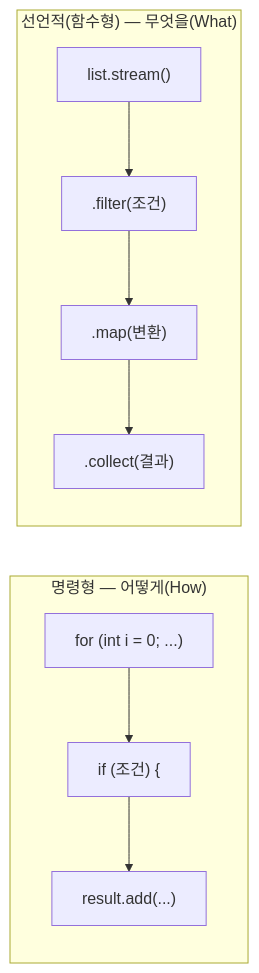
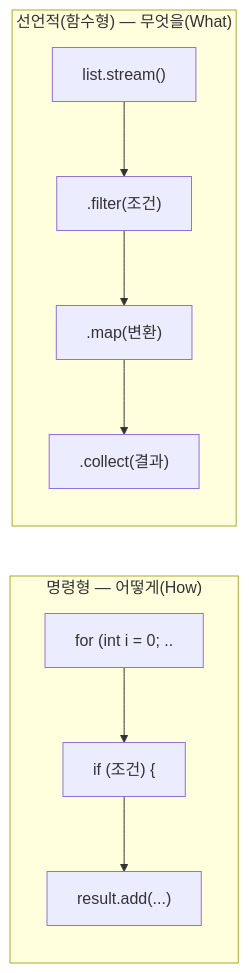
The first of 2 diagrams in _posts/java/2026-05-01-java-functional-programming.md (yjkim2015/yjkim2015.github.io), drawn with Mermaid before and after one commit. The commit also changed 271 other files, not shown here.

First line of the commit message:
Mermaid 라벨 축소: 긴 노드 텍스트 18자 이하로 트림 + \n 제거

````diff
--- a/_posts/java/2026-05-01-java-functional-programming.md
+++ b/_posts/java/2026-05-01-java-functional-programming.md
@@ -20,12 +20,12 @@
 ```mermaid
 graph LR
   subgraph "명령형 — 어떻게(How)"
-    A["for (int i = 0; ...)"] --> B["if (조건) {"]
+    A["for (int i = 0; .."] --> B["if (조건) {"]
     B --> C["result.add(...)"]
   end
   subgraph "선언적(함수형) — 무엇을(What)"
     D["list.stream()"] --> E[".filter(조건)"]
     E --> F[".map(변환)"]
     F --> G[".collect(결과)"]
   end
 ```
````
